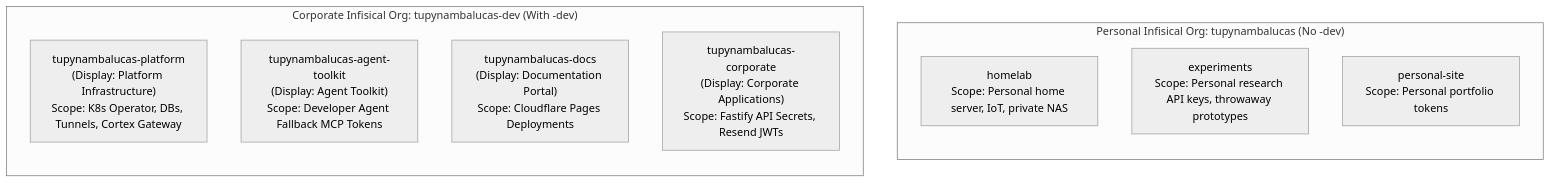
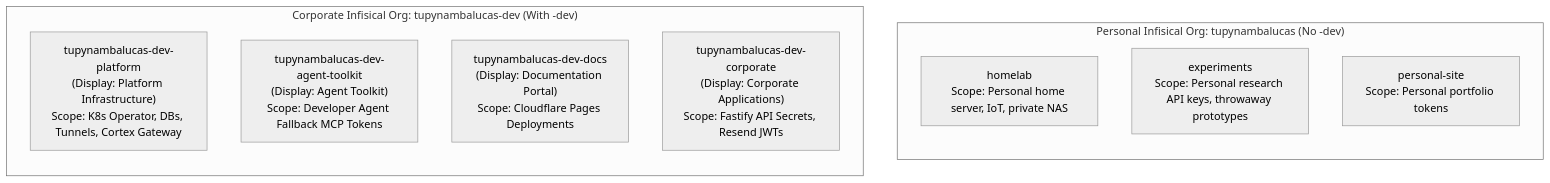
Before and after one commit to tupynambalucas-dev/.github: the third of 5 diagrams in .agents/plans/enterprise-identity-and-multi-platform-nomenclature-master-plan.md, drawn with Mermaid (neutral theme). The commit also changed other lines of this file and 1 other file, not shown here.

Commit message:
fix(plans): align corporate project slugs with tupynambalucas-dev organization prefix

````diff
--- a/.agents/plans/enterprise-identity-and-multi-platform-nomenclature-master-plan.md
+++ b/.agents/plans/enterprise-identity-and-multi-platform-nomenclature-master-plan.md
@@ -167,17 +167,17 @@
 ```mermaid
 flowchart TD
   subgraph InfisicalPersonal ["Personal Infisical Org: tupynambalucas (No -dev)"]
     direction TB
     P_Home["homelab<br/>Scope: Personal home server, IoT, private NAS"]
     P_Exp["experiments<br/>Scope: Personal research API keys, throwaway prototypes"]
     P_Site["personal-site<br/>Scope: Personal portfolio tokens"]
   end
 
   subgraph InfisicalCorp ["Corporate Infisical Org: tupynambalucas-dev (With -dev)"]
     direction TB
-    C_Platform["tupynambalucas-platform<br/>(Display: Platform Infrastructure)<br/>Scope: K8s Operator, DBs, Tunnels, Cortex Gateway"]
-    C_Toolkit["tupynambalucas-agent-toolkit<br/>(Display: Agent Toolkit)<br/>Scope: Developer Agent Fallback MCP Tokens"]
-    C_Docs["tupynambalucas-docs<br/>(Display: Documentation Portal)<br/>Scope: Cloudflare Pages Deployments"]
-    C_Corp["tupynambalucas-corporate<br/>(Display: Corporate Applications)<br/>Scope: Fastify API Secrets, Resend JWTs"]
+    C_Platform["tupynambalucas-dev-platform<br/>(Display: Platform Infrastructure)<br/>Scope: K8s Operator, DBs, Tunnels, Cortex Gateway"]
+    C_Toolkit["tupynambalucas-dev-agent-toolkit<br/>(Display: Agent Toolkit)<br/>Scope: Developer Agent Fallback MCP Tokens"]
+    C_Docs["tupynambalucas-dev-docs<br/>(Display: Documentation Portal)<br/>Scope: Cloudflare Pages Deployments"]
+    C_Corp["tupynambalucas-dev-corporate<br/>(Display: Corporate Applications)<br/>Scope: Fastify API Secrets, Resend JWTs"]
   end
 ```
````
